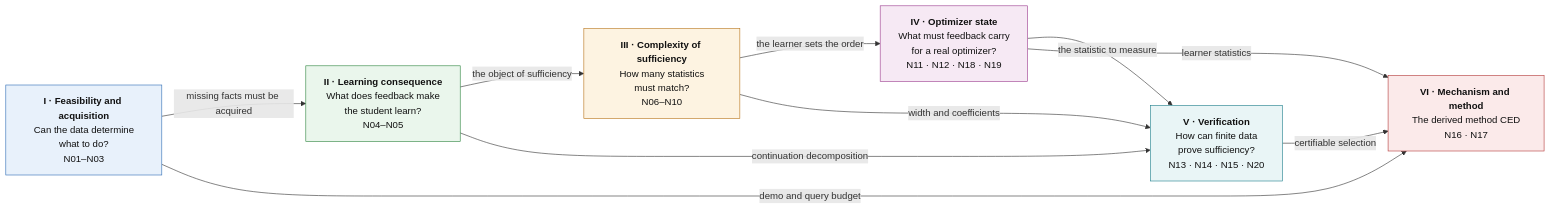
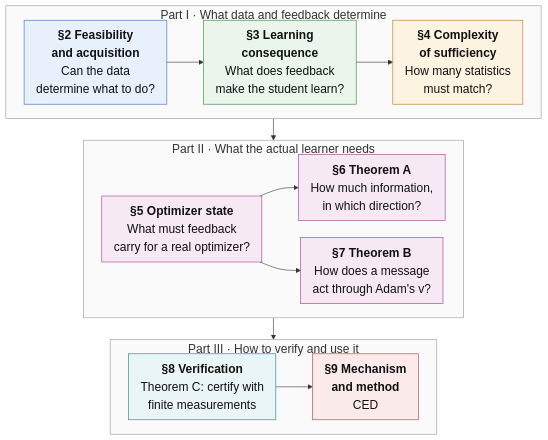
Before and after one commit to XueqiC/ICML27_agent_distillation: the first of 9 diagrams in theoretical_framework/README.md, drawn with Mermaid. The commit also changed other lines of this file and 113 other files, not shown here.

````diff
--- a/theoretical_framework/README.md
+++ b/theoretical_framework/README.md
@@ -41,25 +66,35 @@
 ```mermaid
-%%{init: {"flowchart": {"nodeSpacing": 30, "rankSpacing": 40}}}%%
-flowchart LR
-  I["<b>I · Feasibility and acquisition</b><br/>Can the data determine<br/>what to do?<br/>N01–N03"]:::b1
-  II["<b>II · Learning consequence</b><br/>What does feedback make<br/>the student learn?<br/>N04–N05"]:::b2
-  III["<b>III · Complexity of sufficiency</b><br/>How many statistics<br/>must match?<br/>N06–N10"]:::b3
-  IV["<b>IV · Optimizer state</b><br/>What must feedback carry<br/>for a real optimizer?<br/>N11 · N12 · N18 · N19"]:::b4
-  V["<b>V · Verification</b><br/>How can finite data<br/>prove sufficiency?<br/>N13 · N14 · N15 · N20"]:::b5
-  VI["<b>VI · Mechanism and method</b><br/>The derived method CED<br/>N16 · N17"]:::b6
-  I -->|missing facts must be acquired| II
-  II -->|the object of sufficiency| III
-  III -->|the learner sets the order| IV
-  II -->|continuation decomposition| V
-  III -->|width and coefficients| V
-  IV -->|the statistic to measure| V
-  I -->|demo and query budget| VI
-  IV -->|learner statistics| VI
-  V -->|certifiable selection| VI
+%%{init: {"themeVariables": {"fontSize": "20px"}, "flowchart": {"nodeSpacing": 28, "rankSpacing": 36, "padding": 10, "wrappingWidth": 260}}}%%
+flowchart TB
+  subgraph P1["Part I · What data and feedback determine"]
+    direction LR
+    S2["<b>§2 Feasibility<br/>and acquisition</b><br/>Can the data<br/>determine what to do?"]:::b1
+    S3["<b>§3 Learning<br/>consequence</b><br/>What does feedback<br/>make the student learn?"]:::b2
+    S4["<b>§4 Complexity<br/>of sufficiency</b><br/>How many statistics<br/>must match?"]:::b3
+    S2 --> S3 --> S4
+  end
+  subgraph P2["Part II · What the actual learner needs"]
+    direction LR
+    S5["<b>§5 Optimizer state</b><br/>What must feedback<br/>carry for a real optimizer?"]:::b4
+    S6["<b>§6 Theorem A</b><br/>How much information,<br/>in which direction?"]:::b4
+    S7["<b>§7 Theorem B</b><br/>How does a message<br/>act through Adam's v?"]:::b4
+    S5 --> S6
+    S5 --> S7
+  end
+  subgraph P3["Part III · How to verify and use it"]
+    direction LR
+    S8["<b>§8 Verification</b><br/>Theorem C: certify with<br/>finite measurements"]:::b5
+    S9["<b>§9 Mechanism<br/>and method</b><br/>CED"]:::b6
+    S8 --> S9
+  end
+  P1 --> P2 --> P3
+  style P1 fill:#fafafa,stroke:#999
+  style P2 fill:#fafafa,stroke:#999
+  style P3 fill:#fafafa,stroke:#999
   classDef b1 fill:#e8f1fb,stroke:#2f6db5,color:#111
   classDef b2 fill:#eaf6ec,stroke:#2e8540,color:#111
   classDef b3 fill:#fdf3e1,stroke:#b8741a,color:#111
   classDef b4 fill:#f6e9f4,stroke:#9c3d8f,color:#111
   classDef b5 fill:#e9f5f6,stroke:#1f7f8c,color:#111
   classDef b6 fill:#fbeaea,stroke:#b53b3b,color:#111
 ```
````
